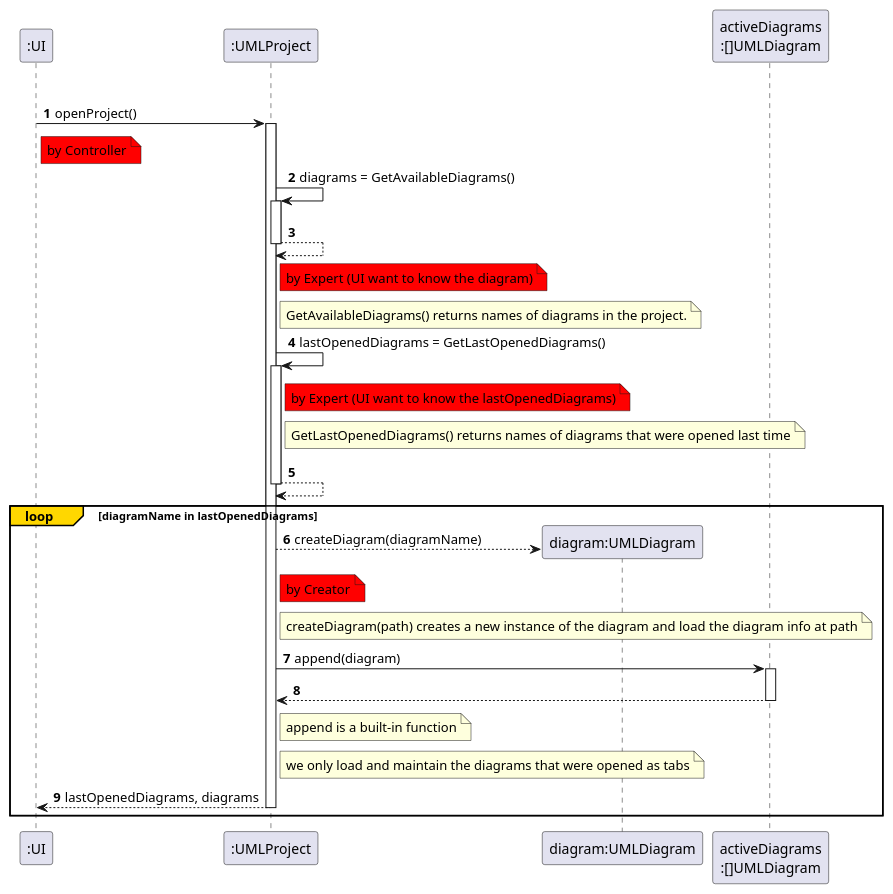
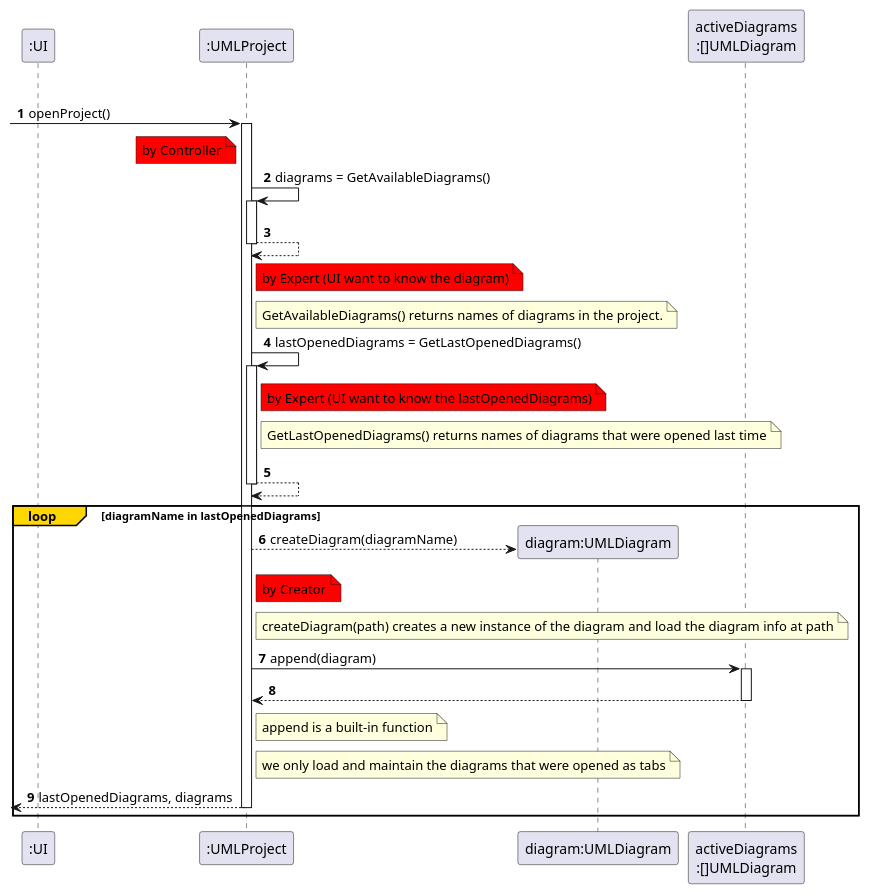
Before and after one commit to Vghxv/Dr.UML__________________: the first of 16 diagrams in docs/graphs/ssd.iuml, drawn with PlantUML. The commit also changed other lines of this file and 74 other files, not shown here.

```diff
--- a/docs/graphs/ssd.iuml
+++ b/docs/graphs/ssd.iuml
@@ -1,32 +1,32 @@
 @startuml openProject
 autonumber
 group#gold #white openProject
     autoactivate on
     participant ":UI"
     participant ":UMLProject"
     
-    ":UI" -> ":UMLProject": openProject()
-    note right of ":UI" #red: by Controller
+    -> ":UMLProject": openProject()
+    note left of ":UMLProject" #red: by Controller
     ":UMLProject" -> ":UMLProject": diagrams = GetAvailableDiagrams()
     return
     note right of ":UMLProject" #red: by Expert (UI want to know the diagram)
     note right of ":UMLProject": GetAvailableDiagrams() returns names of diagrams in the project.
 
     ":UMLProject" -> ":UMLProject": lastOpenedDiagrams = GetLastOpenedDiagrams()
     note right of ":UMLProject" #red: by Expert (UI want to know the lastOpenedDiagrams)
     note right of ":UMLProject": GetLastOpenedDiagrams() returns names of diagrams that were opened last time
-    return 
+    return
 
     loop#gold #white diagramName in lastOpenedDiagrams
         ":UMLProject" --> "diagram:UMLDiagram" ** : createDiagram(diagramName)
         note right of ":UMLProject" #red: by Creator
         note right of ":UMLProject": createDiagram(path) creates a new instance of the diagram and load the diagram info at path
         participant "activeDiagrams\n:[]UMLDiagram"
         ":UMLProject" -> "activeDiagrams\n:[]UMLDiagram": append(diagram)
         return
         note right of ":UMLProject": append is a built-in function
         note right of ":UMLProject": we only load and maintain the diagrams that were opened as tabs
 
     return lastOpenedDiagrams, diagrams
 end
 @enduml
```
